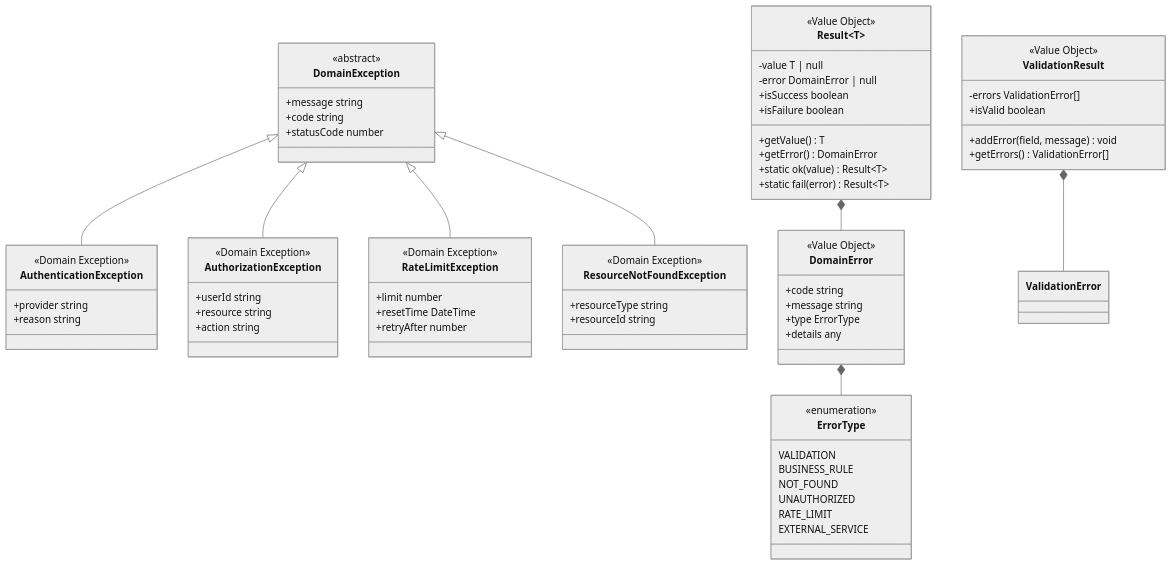
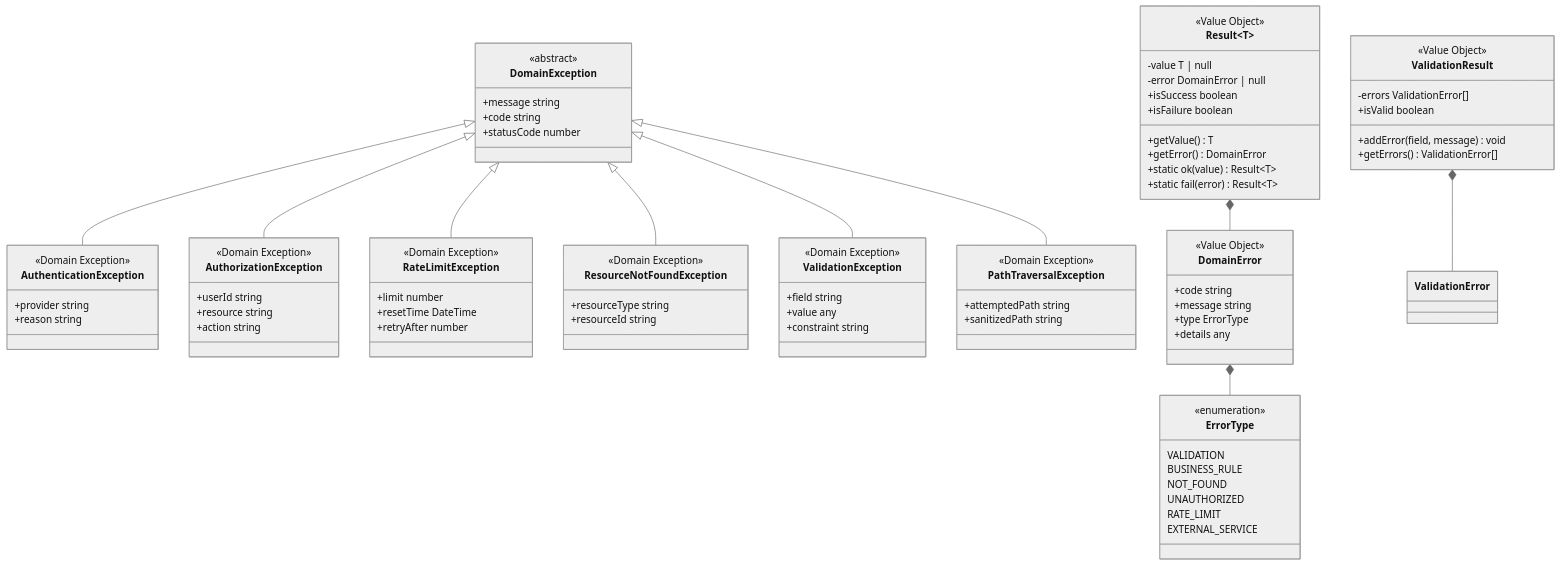
Before and after one commit to hydrangeas/redis-test: diagram 14 of 15 in docs/specs/step5-design.md, drawn with Mermaid (neutral theme). The commit also changed other lines of this file and 1 other file, not shown here.

```diff
--- a/docs/specs/step5-design.md
+++ b/docs/specs/step5-design.md
@@ -1173,6 +1285,19 @@
         <<Domain Exception>>
         +resourceType string
         +resourceId string
+    }
+    
+    class ValidationException {
+        <<Domain Exception>>
+        +field string
+        +value any
+        +constraint string
+    }
+    
+    class PathTraversalException {
+        <<Domain Exception>>
+        +attemptedPath string
+        +sanitizedPath string
     }
     
     class Result~T~ {
@@ -1217,6 +1342,8 @@
     DomainException <|-- AuthorizationException
     DomainException <|-- RateLimitException
     DomainException <|-- ResourceNotFoundException
+    DomainException <|-- ValidationException
+    DomainException <|-- PathTraversalException
     Result~T~ *-- DomainError
     DomainError *-- ErrorType
     ValidationResult *-- ValidationError
```
